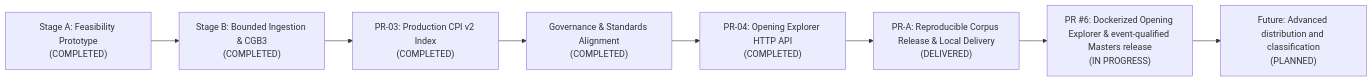
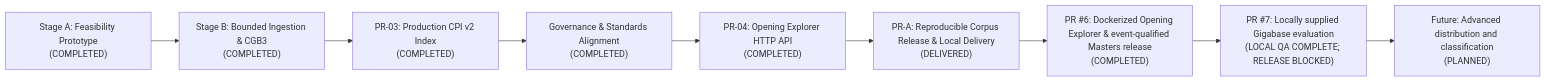
One commit to Nerver-zip/chess-database-api changed the diagram in docs/ROADMAP.md. Above: the diagram before and after it, drawn with Mermaid. The commit also changed other lines of this file and 96 other files, not shown here.

First line of the commit message:
feat(corpus): qualify local Gigabase Masters evaluation (#7)

````diff
--- a/docs/ROADMAP.md
+++ b/docs/ROADMAP.md
@@ -15,10 +15,11 @@
 ```mermaid
 flowchart LR
     M1["Stage A: Feasibility Prototype<br/>(COMPLETED)"] --> M2["Stage B: Bounded Ingestion & CGB3<br/>(COMPLETED)"]
     M2 --> M3["PR-03: Production CPI v2 Index<br/>(COMPLETED)"]
     M3 --> M4["Governance & Standards Alignment<br/>(COMPLETED)"]
     M4 --> M5["PR-04: Opening Explorer HTTP API<br/>(COMPLETED)"]
     M5 --> M5b["PR-A: Reproducible Corpus Release & Local Delivery<br/>(DELIVERED)"]
-    M5b --> M5c["PR #6: Dockerized Opening Explorer & event-qualified Masters release<br/>(IN PROGRESS)"]
-    M5c --> M6["Future: Advanced distribution and classification<br/>(PLANNED)"]
+    M5b --> M5c["PR #6: Dockerized Opening Explorer & event-qualified Masters release<br/>(COMPLETED)"]
+    M5c --> M5d["PR #7: Locally supplied Gigabase evaluation<br/>(LOCAL QA COMPLETE; RELEASE BLOCKED)"]
+    M5d --> M6["Future: Advanced distribution and classification<br/>(PLANNED)"]
 ```
````
